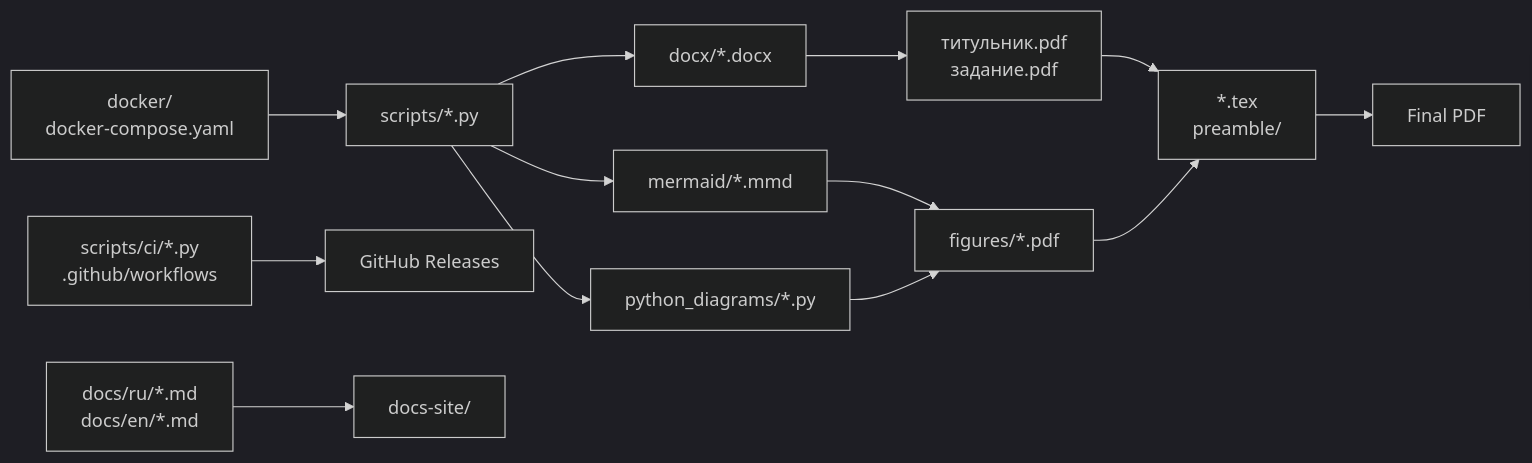
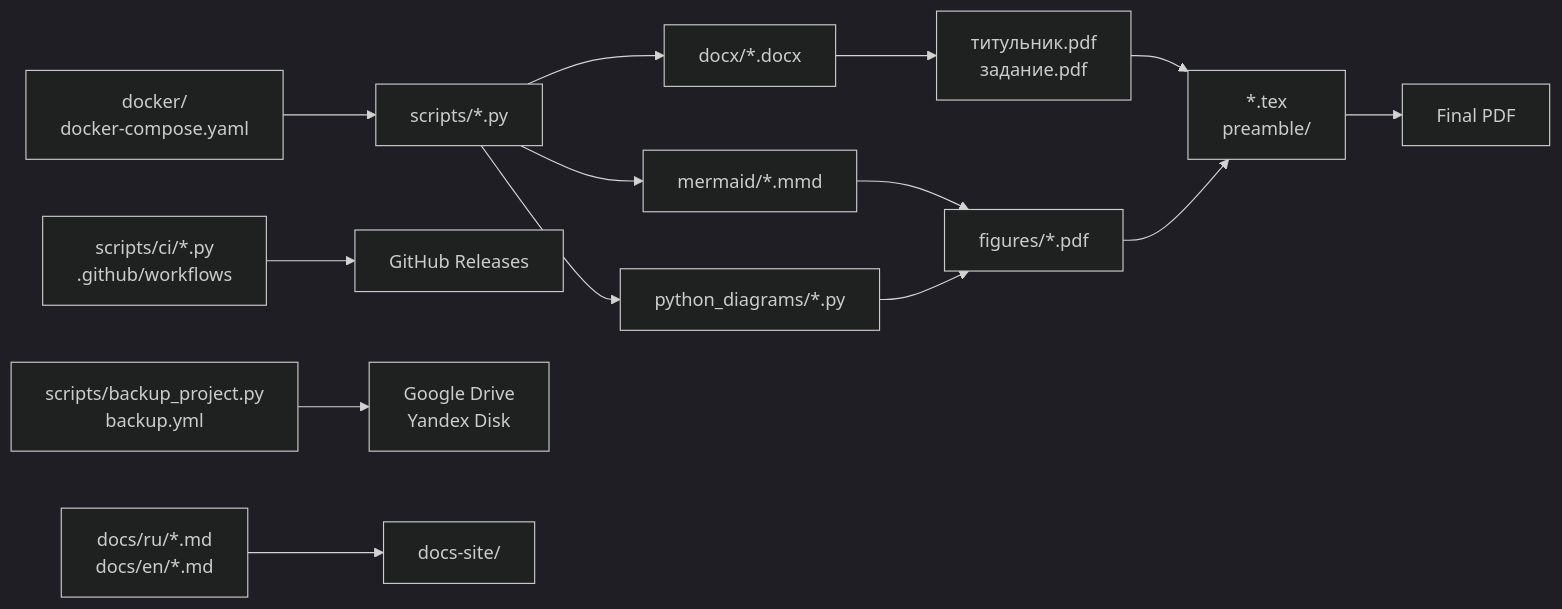
The diagram in docs/en/project-structure.md (ethercod3/latex_thesis_template), drawn with Mermaid (dark theme) before and after one commit. The commit also changed other lines of this file and 12 other files, not shown here.

Commit message:
feat: add backup documentation and integrate backup functionality into project structure

````diff
--- a/docs/en/project-structure.md
+++ b/docs/en/project-structure.md
@@ -3,15 +3,16 @@
 ```mermaid
 flowchart LR
     TEX["*.tex<br/>preamble/"] --> PDF["Final PDF"]
     DOCX["docx/*.docx"] --> TITLE["титульник.pdf<br/>задание.pdf"]
     MMD["mermaid/*.mmd"] --> FIGURES["figures/*.pdf"]
     PYD["python_diagrams/*.py"] --> FIGURES
     TITLE --> TEX
     FIGURES --> TEX
     SCRIPTS["scripts/*.py"] --> DOCX
     SCRIPTS --> MMD
     SCRIPTS --> PYD
     CI["scripts/ci/*.py<br/>.github/workflows"] --> RELEASE["GitHub Releases"]
+    BACKUP["scripts/backup_project.py<br/>backup.yml"] --> CLOUD["Google Drive<br/>Yandex Disk"]
     DOCKER["docker/<br/>docker-compose.yaml"] --> SCRIPTS
     DOCS["docs/ru/*.md<br/>docs/en/*.md"] --> SITE["docs-site/"]
 ```
````
